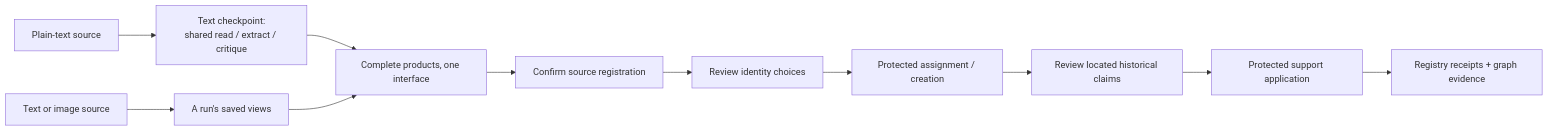
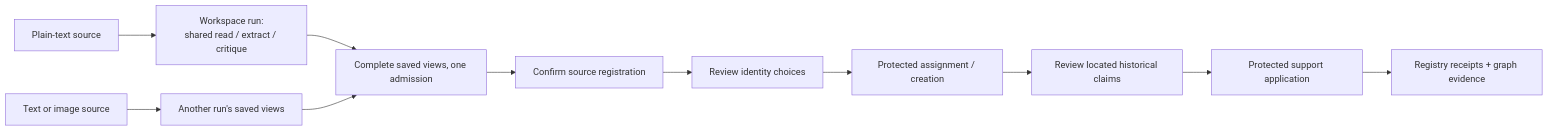
One commit to WillHirsch/yizkr changed the diagram in docs/SOURCE_INGESTION.md. Above: the diagram before and after it, drawn with Mermaid. The commit also changed other lines of this file and 11 other files, not shown here.

First line of the commit message:
Prepare text sources through the shared document stages and delete the text checkpoint (#967)

````diff
--- a/docs/SOURCE_INGESTION.md
+++ b/docs/SOURCE_INGESTION.md
@@ -31,13 +31,13 @@
 ```mermaid
 flowchart LR
-    T["Plain-text source"] --> P["Text checkpoint:<br/>shared read / extract / critique"]
-    V["Text or image source"] --> S["A run's saved views"]
-    P --> D["Complete products, one interface"]
+    T["Plain-text source"] --> P["Workspace run:<br/>shared read / extract / critique"]
+    V["Text or image source"] --> S["Another run's saved views"]
+    P --> D["Complete saved views, one admission"]
     S --> D
     D --> R["Confirm source registration"]
     R --> I["Review identity choices"]
     I --> A["Protected assignment / creation"]
     A --> C["Review located historical claims"]
     C --> W["Protected support application"]
     W --> E["Registry receipts + graph evidence"]
 ```
````
